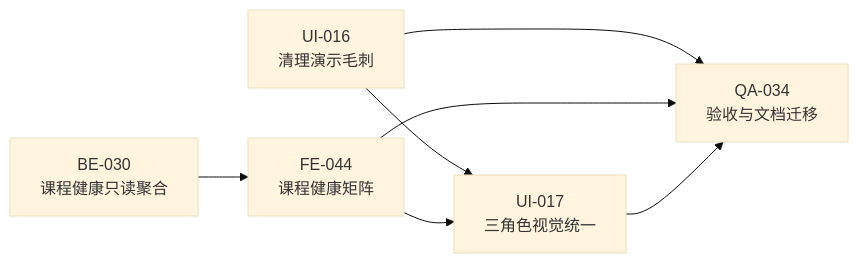
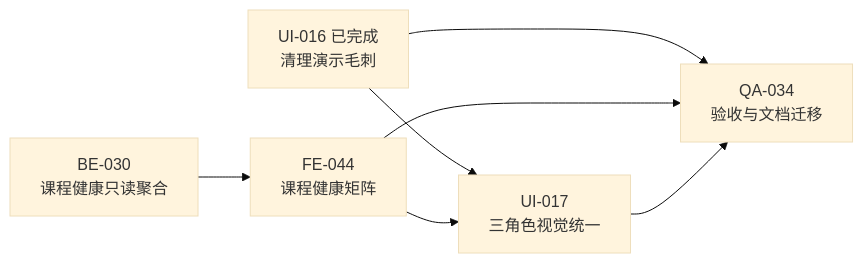
The first of 3 diagrams in doc/02-更新规划.md (falling-feather/Astra), drawn with Mermaid (base theme) before and after one commit. The commit also changed other lines of this file and 42 other files, not shown here.

````diff
--- a/doc/02-更新规划.md
+++ b/doc/02-更新规划.md
@@ -139,15 +137,15 @@
 ```mermaid
 flowchart LR
-    A[UI-016\n清理演示毛刺]
+    A[UI-016 已完成\n清理演示毛刺]
     B[BE-030\n课程健康只读聚合]
     C[FE-044\n课程健康矩阵]
     D[UI-017\n三角色视觉统一]
     E[QA-034\n验收与文档迁移]
 
     A --> D
     B --> C
     C --> D
     A --> E
     C --> E
     D --> E
 ```
````
